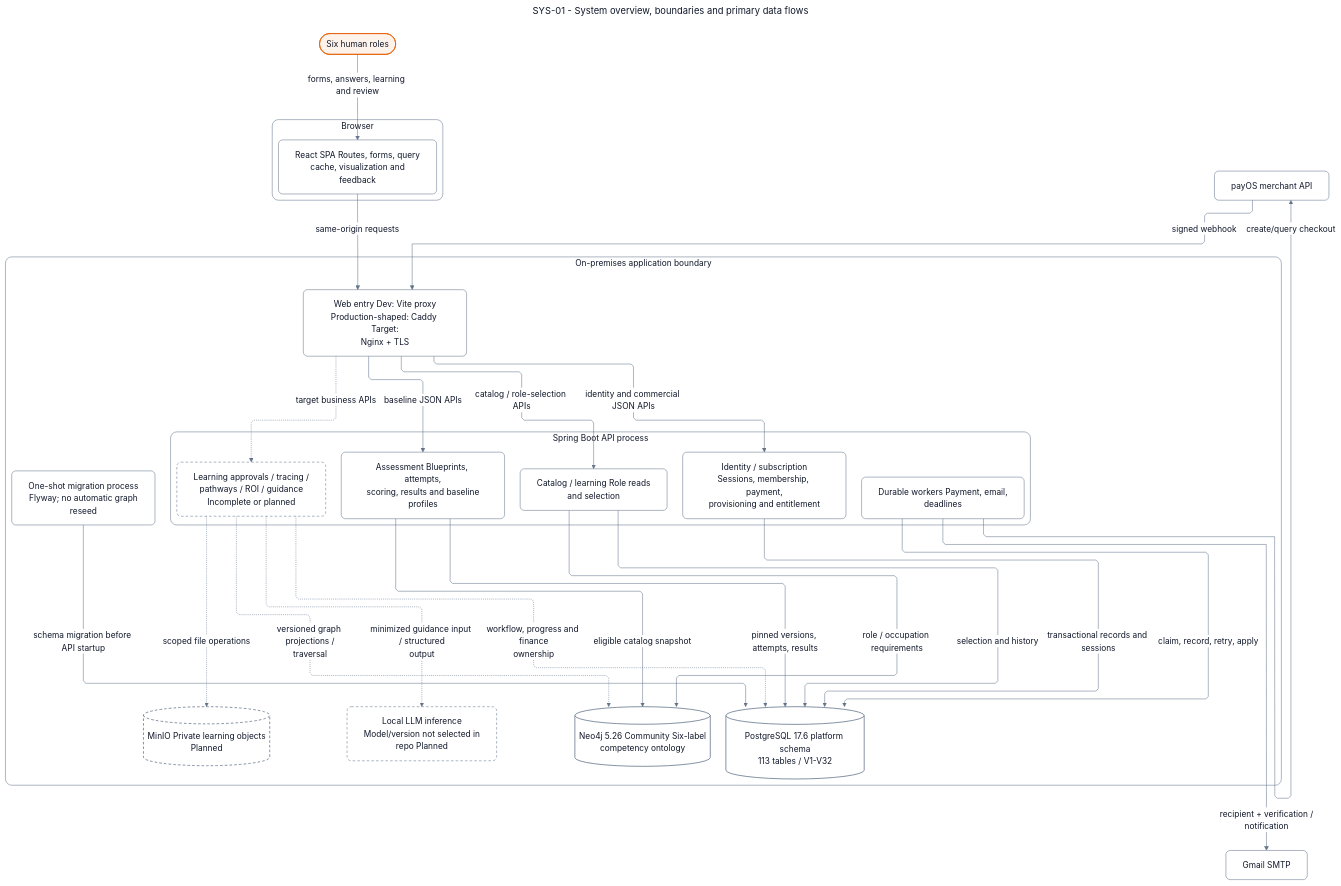
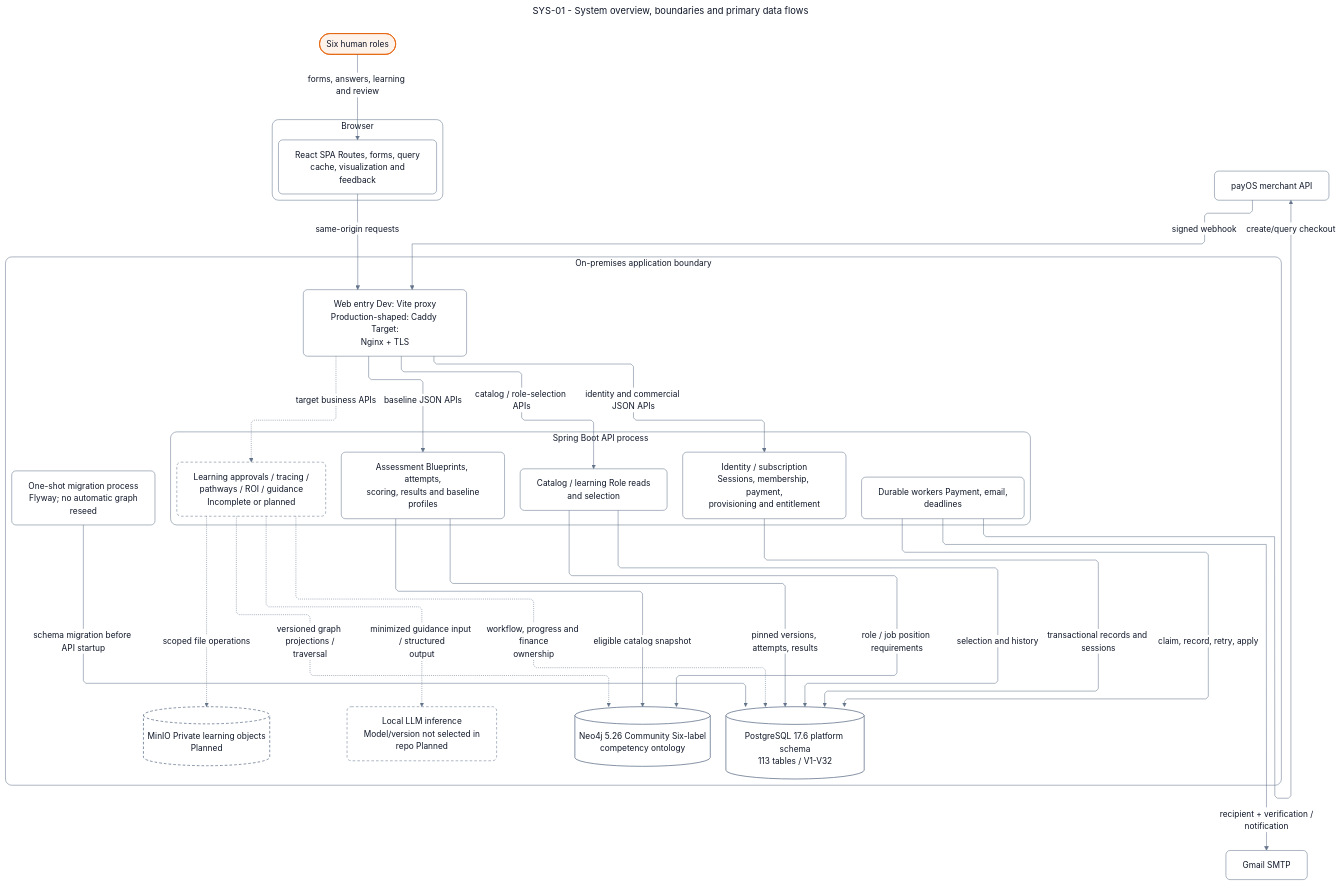
Before and after one commit to SEP490-Fall-2026-GFA26SE64/SEP490: the diagram in documents/diagrams/mermaid/sys-01.mmd, drawn with Mermaid. The commit also changed 760 other files, not shown here.

Commit message:
feat: implement department & job position governance, user assignment, and ontology graph styling

```diff
--- a/documents/diagrams/mermaid/sys-01.mmd
+++ b/documents/diagrams/mermaid/sys-01.mmd
@@ -1,57 +1,57 @@
 ---
 title: "SYS-01 - System overview, boundaries and primary data flows"
 config: {"theme":"base","fontFamily":"Segoe UI, Arial, sans-serif","themeVariables":{"fontFamily":"Segoe UI, Arial, sans-serif","fontSize":"16px","primaryColor":"#ffffff","primaryTextColor":"#0f1729","primaryBorderColor":"#64748b","secondaryColor":"#fef3eb","tertiaryColor":"#ffffff","lineColor":"#64748b","textColor":"#0f1729","mainBkg":"#ffffff","background":"#ffffff","clusterBkg":"#ffffff","clusterBorder":"#64748b","edgeLabelBackground":"#ffffff","titleColor":"#0f1729","noteBkgColor":"#fef3eb","noteTextColor":"#0f1729","noteBorderColor":"#e6650f","secondaryBorderColor":"#64748b","tertiaryBorderColor":"#64748b","secondaryTextColor":"#0f1729","tertiaryTextColor":"#0f1729"},"layout":"elk","elk":{"mergeEdges":false,"nodePlacementStrategy":"NETWORK_SIMPLEX"},"flowchart":{"htmlLabels":true,"nodeSpacing":28,"rankSpacing":56,"curve":"linear","diagramPadding":24,"padding":16,"wrappingWidth":250}}
 ---
 flowchart TD
   SDD_SYS_01_User(["Six human roles"])
   subgraph SDD_SYS_01_Group1["Browser"]
     SDD_SYS_01_SPA["React SPA Routes, forms, query<br/>cache, visualization and<br/>feedback"]
   end
   subgraph SDD_SYS_01_Group2["On-premises application boundary"]
     SDD_SYS_01_Web["Web entry Dev: Vite proxy<br/>Production-shaped: Caddy Target:<br/>Nginx + TLS"]
     subgraph SDD_SYS_01_Group3["Spring Boot API process"]
       SDD_SYS_01_Identity["Identity / subscription<br/>Sessions, membership, payment,<br/>provisioning and entitlement"]
       SDD_SYS_01_Catalog["Catalog / learning Role reads<br/>and selection"]
       SDD_SYS_01_Assessment["Assessment Blueprints, attempts,<br/>scoring, results and baseline<br/>profiles"]
       SDD_SYS_01_Workers["Durable workers Payment, email,<br/>deadlines"]
       SDD_SYS_01_Target["Learning approvals / tracing /<br/>pathways / ROI / guidance<br/>Incomplete or planned"]
     end
     SDD_SYS_01_PG[("PostgreSQL 17.6 platform schema<br/>113 tables / V1-V32")]
     SDD_SYS_01_Neo[("Neo4j 5.26 Community Six-label<br/>competency ontology")]
     SDD_SYS_01_Minio[("MinIO Private learning objects<br/>Planned")]
     SDD_SYS_01_LLM["Local LLM inference<br/>Model/version not selected in<br/>repo Planned"]
     SDD_SYS_01_Migrate["One-shot migration process<br/>Flyway; no automatic graph<br/>reseed"]
   end
   SDD_SYS_01_Pay["payOS merchant API"]
   SDD_SYS_01_Mail["Gmail SMTP"]
   SDD_SYS_01_User -->|"forms, answers, learning and review"| SDD_SYS_01_SPA
   SDD_SYS_01_SPA -->|"same-origin requests"| SDD_SYS_01_Web
   SDD_SYS_01_Web -->|"identity and commercial JSON APIs"| SDD_SYS_01_Identity
   SDD_SYS_01_Web -->|"catalog / role-selection APIs"| SDD_SYS_01_Catalog
   SDD_SYS_01_Web -->|"baseline JSON APIs"| SDD_SYS_01_Assessment
   SDD_SYS_01_Web -.->|"target business APIs"| SDD_SYS_01_Target
   SDD_SYS_01_Identity -->|"transactional records and sessions"| SDD_SYS_01_PG
   SDD_SYS_01_Catalog -->|"selection and history"| SDD_SYS_01_PG
-  SDD_SYS_01_Catalog -->|"role / occupation requirements"| SDD_SYS_01_Neo
+  SDD_SYS_01_Catalog -->|"role / job position requirements"| SDD_SYS_01_Neo
   SDD_SYS_01_Assessment -->|"pinned versions, attempts, results"| SDD_SYS_01_PG
   SDD_SYS_01_Assessment -->|"eligible catalog snapshot"| SDD_SYS_01_Neo
   SDD_SYS_01_Workers -->|"claim, record, retry, apply"| SDD_SYS_01_PG
   SDD_SYS_01_Workers -->|"create/query checkout"| SDD_SYS_01_Pay
   SDD_SYS_01_Pay -->|"signed webhook"| SDD_SYS_01_Web
   SDD_SYS_01_Workers -->|"recipient + verification /<br/>notification"| SDD_SYS_01_Mail
   SDD_SYS_01_Target -.->|"workflow, progress and finance<br/>ownership"| SDD_SYS_01_PG
   SDD_SYS_01_Target -.->|"versioned graph projections /<br/>traversal"| SDD_SYS_01_Neo
   SDD_SYS_01_Target -.->|"scoped file operations"| SDD_SYS_01_Minio
   SDD_SYS_01_Target -.->|"minimized guidance input / structured<br/>output"| SDD_SYS_01_LLM
   SDD_SYS_01_Migrate -->|"schema migration before API startup"| SDD_SYS_01_PG
 
   classDef default fill:#ffffff,stroke:#64748b,color:#0f1729,stroke-width:1px,rx:8,ry:8
   classDef actor fill:#fef3eb,stroke:#e6650f,color:#0f1729,stroke-width:1.5px
   class SDD_SYS_01_User actor
   classDef store fill:#ffffff,stroke:#64748b,color:#0f1729,stroke-width:1.5px
   class SDD_SYS_01_PG,SDD_SYS_01_Neo,SDD_SYS_01_Minio store
   classDef planned fill:#ffffff,stroke:#64748b,color:#0f1729,stroke-dasharray:5 4
   class SDD_SYS_01_Target,SDD_SYS_01_Minio,SDD_SYS_01_LLM planned
   style SDD_SYS_01_Group1 fill:#ffffff,stroke:#64748b,stroke-width:1px,color:#0f1729,rx:12,ry:12
   style SDD_SYS_01_Group2 fill:#ffffff,stroke:#64748b,stroke-width:1px,color:#0f1729,rx:12,ry:12
   style SDD_SYS_01_Group3 fill:#ffffff,stroke:#64748b,stroke-width:1px,color:#0f1729,rx:12,ry:12
```
